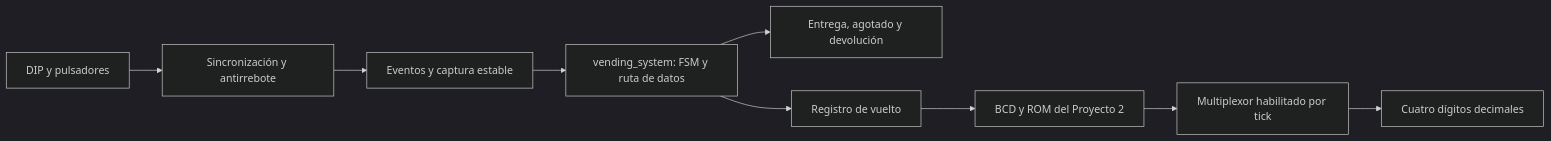
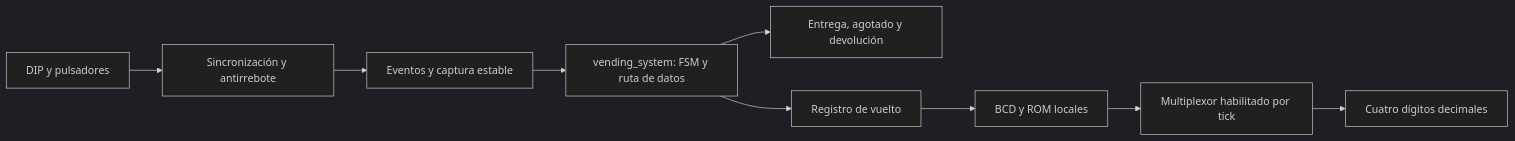
Before and after one commit to DiegoSL19/Proyecto-Dise-o-logico-1: the diagram in EL-3307_Proyecto_Corto_3/README.md, drawn with Mermaid (dark theme). The commit also changed other lines of this file and 21 other files, not shown here.

Commit message:
refactor: hacer proyecto corto 3 independiente del PC2

````diff
--- a/EL-3307_Proyecto_Corto_3/README.md
+++ b/EL-3307_Proyecto_Corto_3/README.md
@@ -27,11 +30,11 @@
 ```mermaid
 flowchart LR
     IN["DIP y pulsadores"] --> SYNC["Sincronización y antirrebote"]
     SYNC --> SNAP["Eventos y captura estable"]
     SNAP --> CORE["vending_system: FSM y ruta de datos"]
     CORE --> LED["Entrega, agotado y devolución"]
     CORE --> CHANGE["Registro de vuelto"]
-    CHANGE --> BCD["BCD y ROM del Proyecto 2"]
+    CHANGE --> BCD["BCD y ROM locales"]
     BCD --> MUX["Multiplexor habilitado por tick"]
     MUX --> DISP["Cuatro dígitos decimales"]
 ```
````
